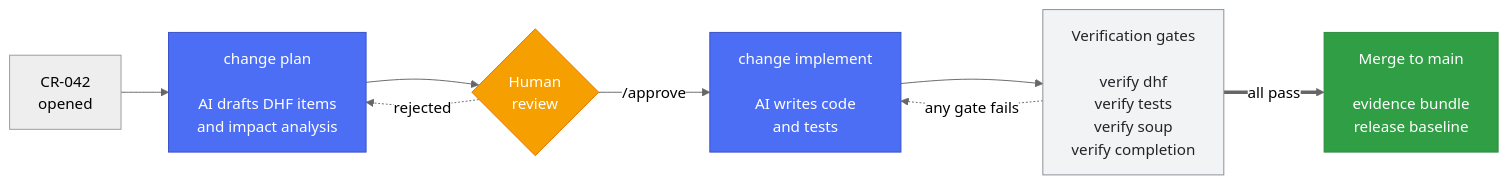
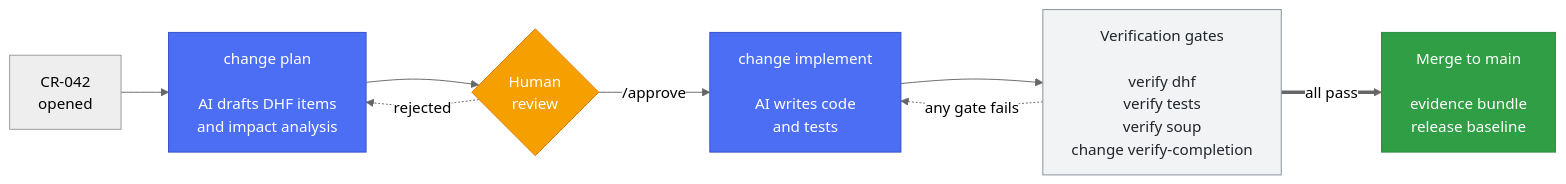
Before and after one commit to itercharles/MedHarness: the diagram in README.md, drawn with Mermaid (neutral theme). The commit also changed other lines of this file and 19 other files, not shown here.

````diff
--- a/README.md
+++ b/README.md
@@ -57,16 +57,16 @@
 ```mermaid
 flowchart LR
     CR["CR-042<br/>opened"] --> PLAN
     PLAN["change plan<br/><br/>AI drafts DHF items<br/>and impact analysis"] --> REV{"Human<br/>review"}
     REV -.->|rejected| PLAN
     REV -->|"/approve"| IMPL["change implement<br/><br/>AI writes code<br/>and tests"]
-    IMPL --> GATES["Verification gates<br/><br/>verify dhf<br/>verify tests<br/>verify soup<br/>verify completion"]
+    IMPL --> GATES["Verification gates<br/><br/>verify dhf<br/>verify tests<br/>verify soup<br/>change verify-completion"]
     GATES -.->|any gate fails| IMPL
     GATES ==>|all pass| MERGE["Merge to main<br/><br/>evidence bundle<br/>release baseline"]
 
     style PLAN fill:#4c6ef5,color:#fff,stroke:#364fc7
     style IMPL fill:#4c6ef5,color:#fff,stroke:#364fc7
     style REV fill:#f59f00,color:#fff,stroke:#e67700
     style GATES fill:#f1f3f5,color:#212529,stroke:#868e96
     style MERGE fill:#2f9e44,color:#fff,stroke:#2b8a3e
 ```
````
